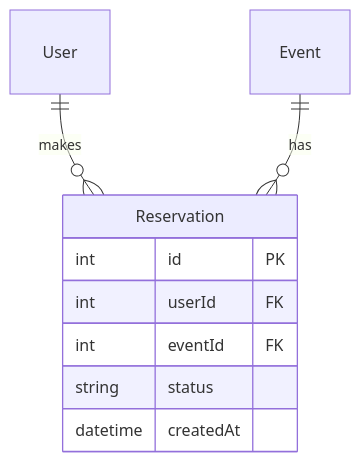
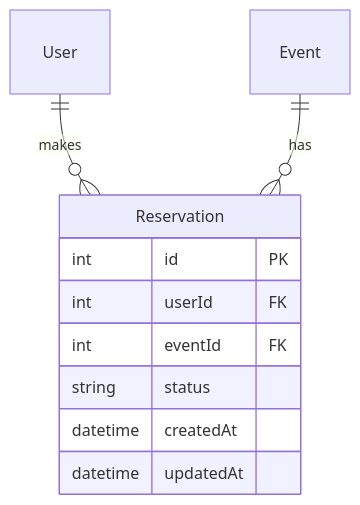
Before and after one commit to naufaldi/event-book-system: the third of 4 diagrams in rfc/database.md, drawn with Mermaid. The commit also changed other lines of this file and 10 other files, not shown here.

````diff
--- a/rfc/database.md
+++ b/rfc/database.md
@@ -73,12 +85,13 @@
 ```mermaid
 erDiagram
     Reservation {
         int id PK
         int userId FK
         int eventId FK
         string status
         datetime createdAt
+        datetime updatedAt
     }
     User ||--o{ Reservation : makes
     Event ||--o{ Reservation : "has"
 ```
````
